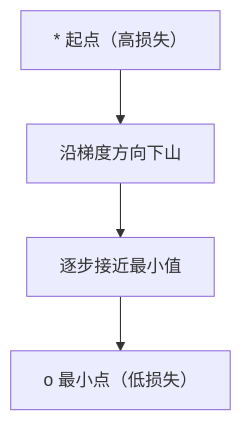
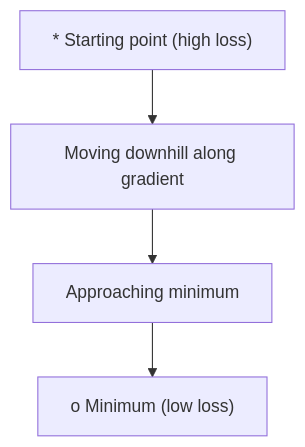
Before and after one commit to omigaZen/ai-engineering-from-scratch: the first of 5 diagrams in phases/01-math-foundations/08-optimization/docs/zh.md, drawn with Mermaid. The commit also changed other lines of this file and 32 other files, not shown here.

````diff
--- a/phases/01-math-foundations/08-optimization/docs/zh.md
+++ b/phases/01-math-foundations/08-optimization/docs/zh.md
@@ -47,6 +47,6 @@
 ```mermaid
 graph TD
-    A["* 起点（高损失）"] --> B["沿梯度方向下山"]
-    B --> C["逐步接近最小值"]
-    C --> D["o 最小点（低损失）"]
+    A["* Starting point (high loss)"] --> B["Moving downhill along gradient"]
+    B --> C["Approaching minimum"]
+    C --> D["o Minimum (low loss)"]
 ```
````
